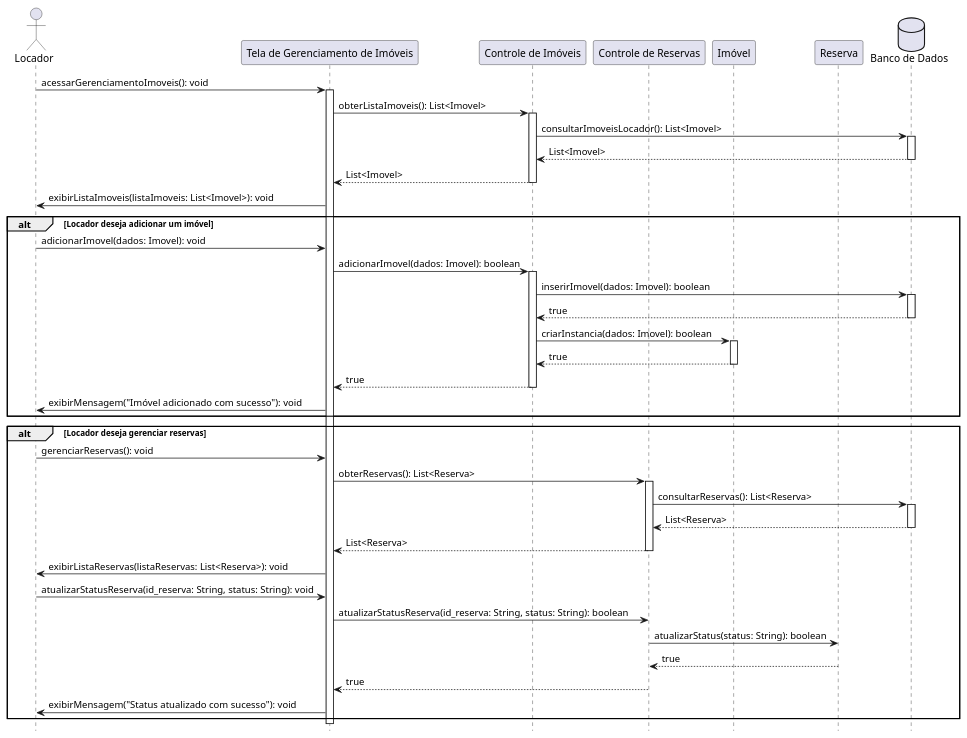
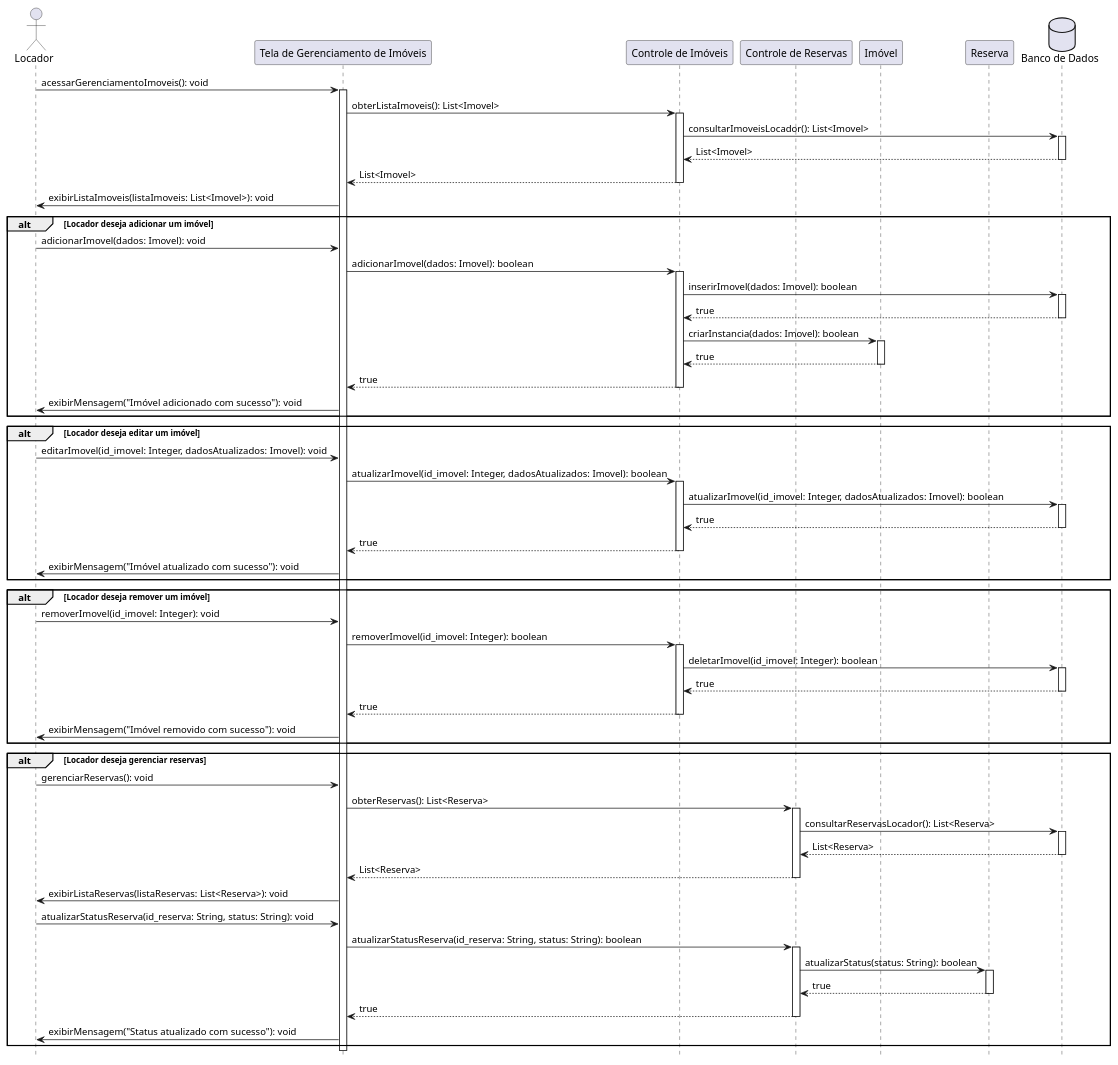
The diagram in PROJETO APS/sequencialocador2.iuml (clarameira/SistemaImoveis), drawn with PlantUML before and after one commit. The commit also changed 1 other file, not shown here.

Commit message:
Mudanças nos diagramas, locador com todas as ações e cliente com um estilo de separação diferente

```diff
--- a/PROJETO APS/sequencialocador2.iuml
+++ b/PROJETO APS/sequencialocador2.iuml
@@ -1,73 +1,112 @@
 @startuml "Gerenciamento de Imóveis - Locador"
 hide footbox
 
 actor Locador as locador
 participant "Tela de Gerenciamento de Imóveis" as tela_gerenciamento
 participant "Controle de Imóveis" as controle_imoveis
 participant "Controle de Reservas" as controle_reservas
 participant "Imóvel" as imovel
 participant "Reserva" as reserva
 database "Banco de Dados" as bd
 
 locador -> tela_gerenciamento: acessarGerenciamentoImoveis(): void
 activate tela_gerenciamento
 tela_gerenciamento -> controle_imoveis: obterListaImoveis(): List<Imovel>
 activate controle_imoveis
 
 controle_imoveis -> bd: consultarImoveisLocador(): List<Imovel>
 activate bd
 bd --> controle_imoveis: List<Imovel>
 deactivate bd
 
 controle_imoveis --> tela_gerenciamento: List<Imovel>
 deactivate controle_imoveis
 
 tela_gerenciamento -> locador: exibirListaImoveis(listaImoveis: List<Imovel>): void
 
 alt Locador deseja adicionar um imóvel
     locador -> tela_gerenciamento: adicionarImovel(dados: Imovel): void
     tela_gerenciamento -> controle_imoveis: adicionarImovel(dados: Imovel): boolean
     activate controle_imoveis
 
     controle_imoveis -> bd: inserirImovel(dados: Imovel): boolean
     activate bd
     bd --> controle_imoveis: true
     deactivate bd
 
     controle_imoveis -> imovel: criarInstancia(dados: Imovel): boolean
     activate imovel
     imovel --> controle_imoveis: true
     deactivate imovel
 
     controle_imoveis --> tela_gerenciamento: true
     deactivate controle_imoveis
 
     tela_gerenciamento -> locador: exibirMensagem("Imóvel adicionado com sucesso"): void
 end
 
+alt Locador deseja editar um imóvel
+    locador -> tela_gerenciamento: editarImovel(id_imovel: Integer, dadosAtualizados: Imovel): void
+    tela_gerenciamento -> controle_imoveis: atualizarImovel(id_imovel: Integer, dadosAtualizados: Imovel): boolean
+    activate controle_imoveis
+
+    controle_imoveis -> bd: atualizarImovel(id_imovel: Integer, dadosAtualizados: Imovel): boolean
+    activate bd
+    bd --> controle_imoveis: true
+    deactivate bd
+
+    controle_imoveis --> tela_gerenciamento: true
+    deactivate controle_imoveis
+
+    tela_gerenciamento -> locador: exibirMensagem("Imóvel atualizado com sucesso"): void
+end
+
+alt Locador deseja remover um imóvel
+    locador -> tela_gerenciamento: removerImovel(id_imovel: Integer): void
+    tela_gerenciamento -> controle_imoveis: removerImovel(id_imovel: Integer): boolean
+    activate controle_imoveis
+
+    controle_imoveis -> bd: deletarImovel(id_imovel: Integer): boolean
+    activate bd
+    bd --> controle_imoveis: true
+    deactivate bd
+
+    controle_imoveis --> tela_gerenciamento: true
+    deactivate controle_imoveis
+
+    tela_gerenciamento -> locador: exibirMensagem("Imóvel removido com sucesso"): void
+end
+
 alt Locador deseja gerenciar reservas
     locador -> tela_gerenciamento: gerenciarReservas(): void
     tela_gerenciamento -> controle_reservas: obterReservas(): List<Reserva>
     activate controle_reservas
 
-    controle_reservas -> bd: consultarReservas(): List<Reserva>
+    controle_reservas -> bd: consultarReservasLocador(): List<Reserva>
     activate bd
     bd --> controle_reservas: List<Reserva>
     deactivate bd
 
     controle_reservas --> tela_gerenciamento: List<Reserva>
     deactivate controle_reservas
 
     tela_gerenciamento -> locador: exibirListaReservas(listaReservas: List<Reserva>): void
 
     locador -> tela_gerenciamento: atualizarStatusReserva(id_reserva: String, status: String): void
     tela_gerenciamento -> controle_reservas: atualizarStatusReserva(id_reserva: String, status: String): boolean
+    activate controle_reservas
+
     controle_reservas -> reserva: atualizarStatus(status: String): boolean
+    activate reserva
     reserva --> controle_reservas: true
+    deactivate reserva
+
     controle_reservas --> tela_gerenciamento: true
+    deactivate controle_reservas
+
     tela_gerenciamento -> locador: exibirMensagem("Status atualizado com sucesso"): void
 end
 
 deactivate tela_gerenciamento
 
 @enduml
```
